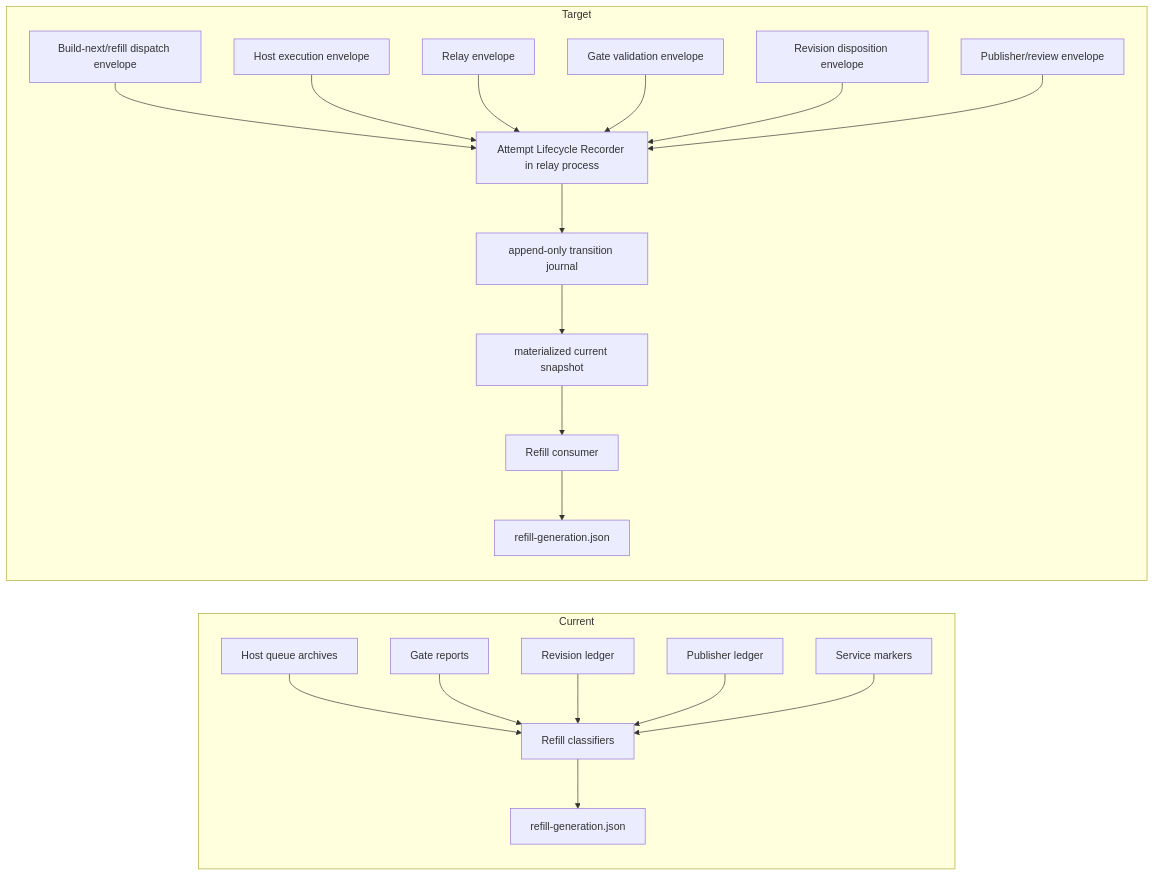
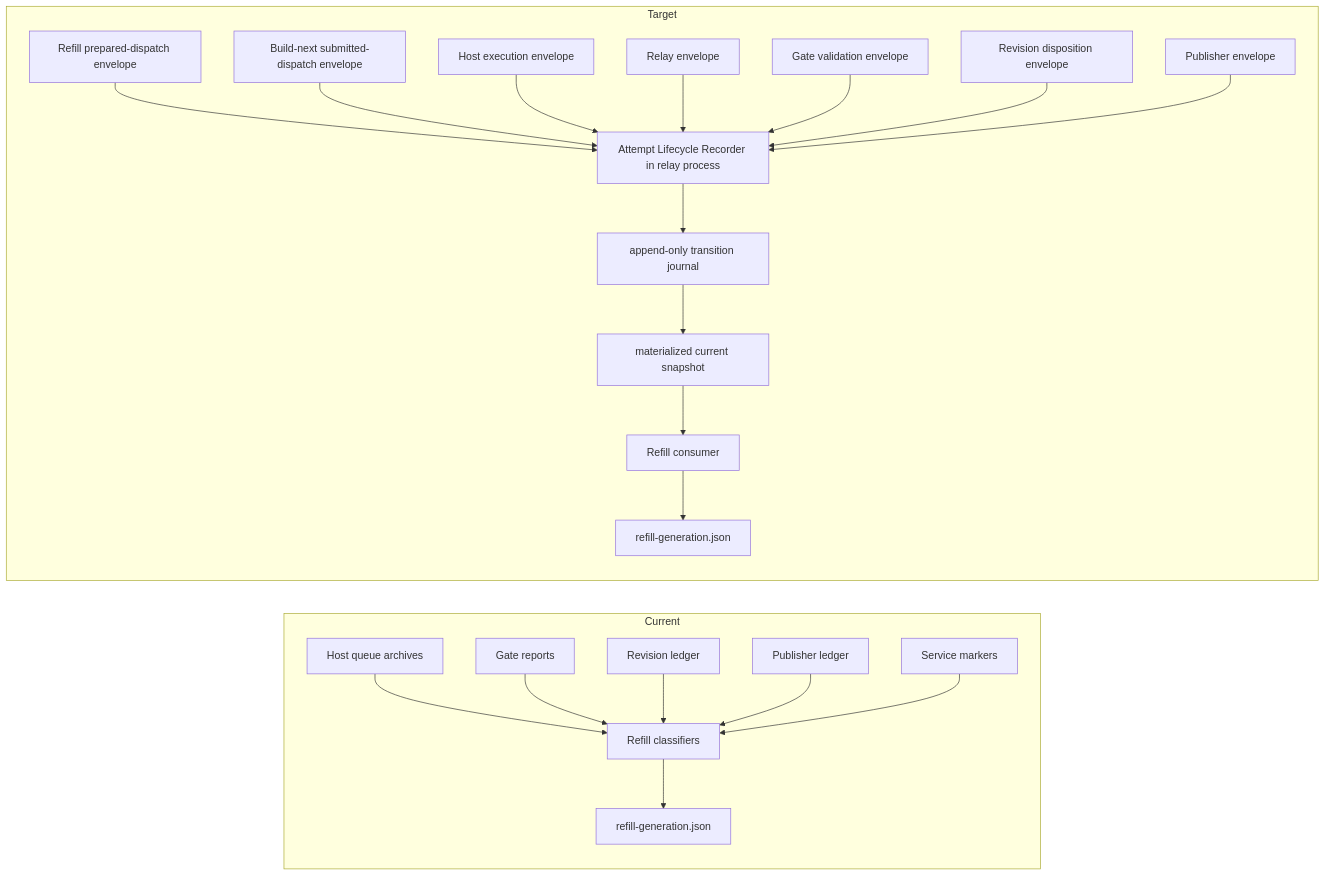
The diagram in docs/CANONICAL_REFILL_ATTEMPT_DISPOSITION_V1.md (DanielTabakman/msos-autobuilder), drawn with Mermaid before and after one commit. The commit also changed other lines of this file, not shown here.

````diff
--- a/docs/CANONICAL_REFILL_ATTEMPT_DISPOSITION_V1.md
+++ b/docs/CANONICAL_REFILL_ATTEMPT_DISPOSITION_V1.md
@@ -100,24 +103,25 @@
 ```mermaid
 flowchart LR
   subgraph Current
     H["Host queue archives"] --> R1["Refill classifiers"]
     G["Gate reports"] --> R1
     V["Revision ledger"] --> R1
     P["Publisher ledger"] --> R1
     E["Service markers"] --> R1
     R1 --> RG["refill-generation.json"]
   end
 
   subgraph Target
-    BD["Build-next/refill dispatch envelope"] --> L["Attempt Lifecycle Recorder in relay process"]
+    DP["Refill prepared-dispatch envelope"] --> L["Attempt Lifecycle Recorder in relay process"]
+    DS["Build-next submitted-dispatch envelope"] --> L
     H2["Host execution envelope"] --> L
     RR["Relay envelope"] --> L
     G2["Gate validation envelope"] --> L
     V2["Revision disposition envelope"] --> L
-    P2["Publisher/review envelope"] --> L
+    P2["Publisher envelope"] --> L
     L --> J["append-only transition journal"]
     J --> S["materialized current snapshot"]
     S --> R2["Refill consumer"]
     R2 --> RG2["refill-generation.json"]
   end
 ```
````
